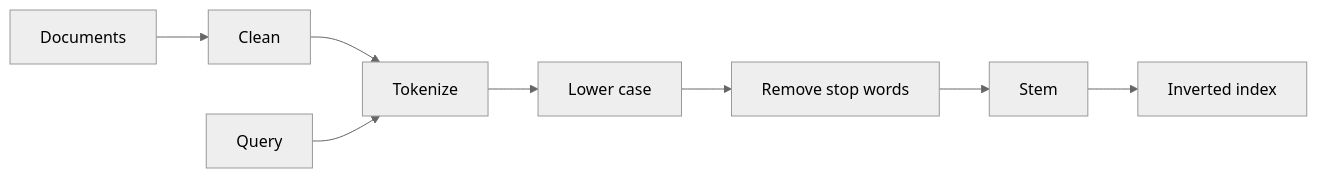
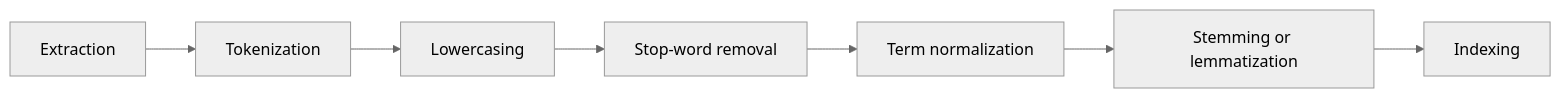
The diagram in content/natural-language-processing/pyq/2022-12-ce/q4b.mdx (TrendySloth1001/sem-seven-notes), drawn with Mermaid (neutral theme) before and after one commit. The commit also changed other lines of this file and 406 other files, not shown here.

````diff
--- a/content/natural-language-processing/pyq/2022-12-ce/q4b.mdx
+++ b/content/natural-language-processing/pyq/2022-12-ce/q4b.mdx
@@ -17,6 +7,5 @@
 ```mermaid
-%% caption: Preprocessing pipeline for IR. The query follows the same steps as the documents so the terms can be matched.
+%% caption: The seven text processing steps for information retrieval.
 flowchart LR
-  D["Documents"] --> C["Clean"] --> T["Tokenize"] --> L["Lower case"] --> S["Remove stop words"] --> M["Stem"] --> I["Inverted index"]
-  Q["Query"] --> T
+  A["Extraction"] --> B["Tokenization"] --> C["Lowercasing"] --> D["Stop-word removal"] --> E["Term normalization"] --> F["Stemming or lemmatization"] --> G["Indexing"]
 ```
````
